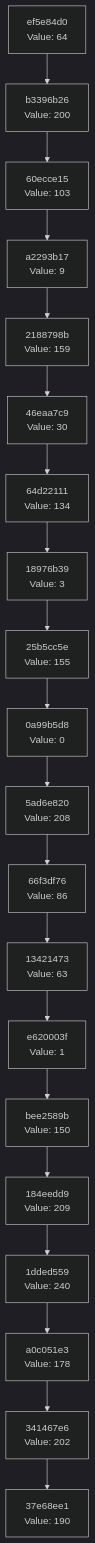
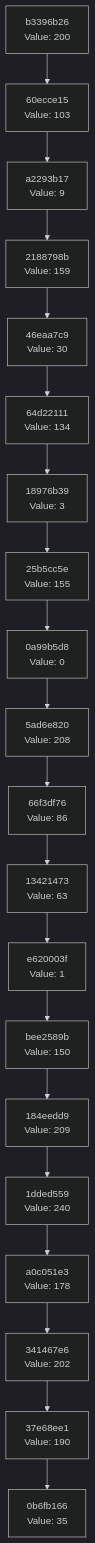
Before and after one commit to Abhisheksinha1506/hash-chain-evolver: the diagram in docs/CHAIN_VISUALIZATION.md, drawn with Mermaid (dark theme). The commit also changed 3 other files, not shown here.

````diff
--- a/docs/CHAIN_VISUALIZATION.md
+++ b/docs/CHAIN_VISUALIZATION.md
@@ -3,42 +3,42 @@
 ```mermaid
 graph TD
-    C0["37e68ee1<br/>Value: 190"]
-    C1["341467e6<br/>Value: 202"]
+    C0["0b6fb166<br/>Value: 35"]
+    C1["37e68ee1<br/>Value: 190"]
     C1 --> C0
-    C2["a0c051e3<br/>Value: 178"]
+    C2["341467e6<br/>Value: 202"]
     C2 --> C1
-    C3["1dded559<br/>Value: 240"]
+    C3["a0c051e3<br/>Value: 178"]
     C3 --> C2
-    C4["184eedd9<br/>Value: 209"]
+    C4["1dded559<br/>Value: 240"]
     C4 --> C3
-    C5["bee2589b<br/>Value: 150"]
+    C5["184eedd9<br/>Value: 209"]
     C5 --> C4
-    C6["e620003f<br/>Value: 1"]
+    C6["bee2589b<br/>Value: 150"]
     C6 --> C5
-    C7["13421473<br/>Value: 63"]
+    C7["e620003f<br/>Value: 1"]
     C7 --> C6
-    C8["66f3df76<br/>Value: 86"]
+    C8["13421473<br/>Value: 63"]
     C8 --> C7
-    C9["5ad6e820<br/>Value: 208"]
+    C9["66f3df76<br/>Value: 86"]
     C9 --> C8
-    C10["0a99b5d8<br/>Value: 0"]
+    C10["5ad6e820<br/>Value: 208"]
     C10 --> C9
-    C11["25b5cc5e<br/>Value: 155"]
+    C11["0a99b5d8<br/>Value: 0"]
     C11 --> C10
-    C12["18976b39<br/>Value: 3"]
+    C12["25b5cc5e<br/>Value: 155"]
     C12 --> C11
-    C13["64d22111<br/>Value: 134"]
+    C13["18976b39<br/>Value: 3"]
     C13 --> C12
-    C14["46eaa7c9<br/>Value: 30"]
+    C14["64d22111<br/>Value: 134"]
     C14 --> C13
-    C15["2188798b<br/>Value: 159"]
+    C15["46eaa7c9<br/>Value: 30"]
     C15 --> C14
-    C16["a2293b17<br/>Value: 9"]
+    C16["2188798b<br/>Value: 159"]
     C16 --> C15
-    C17["60ecce15<br/>Value: 103"]
+    C17["a2293b17<br/>Value: 9"]
     C17 --> C16
-    C18["b3396b26<br/>Value: 200"]
+    C18["60ecce15<br/>Value: 103"]
     C18 --> C17
-    C19["ef5e84d0<br/>Value: 64"]
+    C19["b3396b26<br/>Value: 200"]
     C19 --> C18
 ```
````
